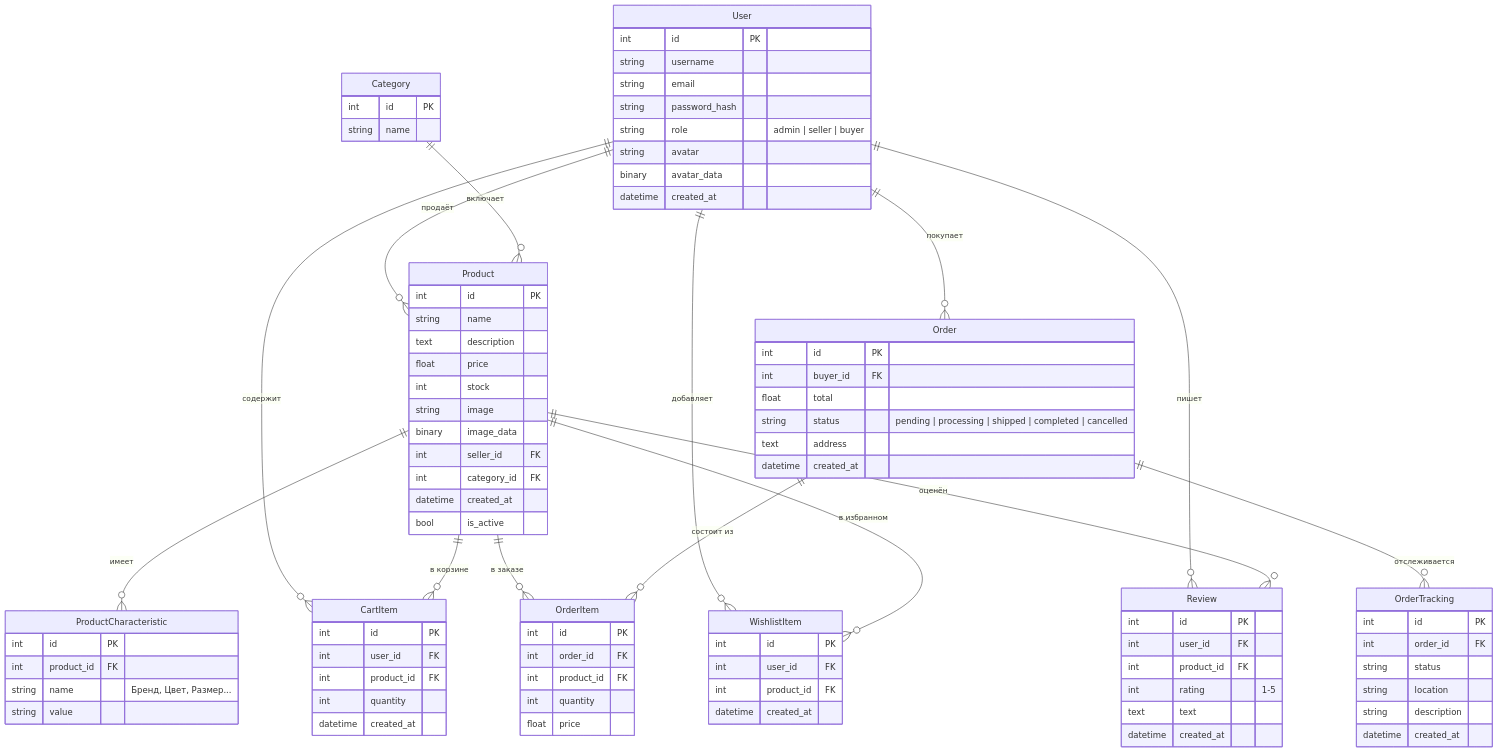
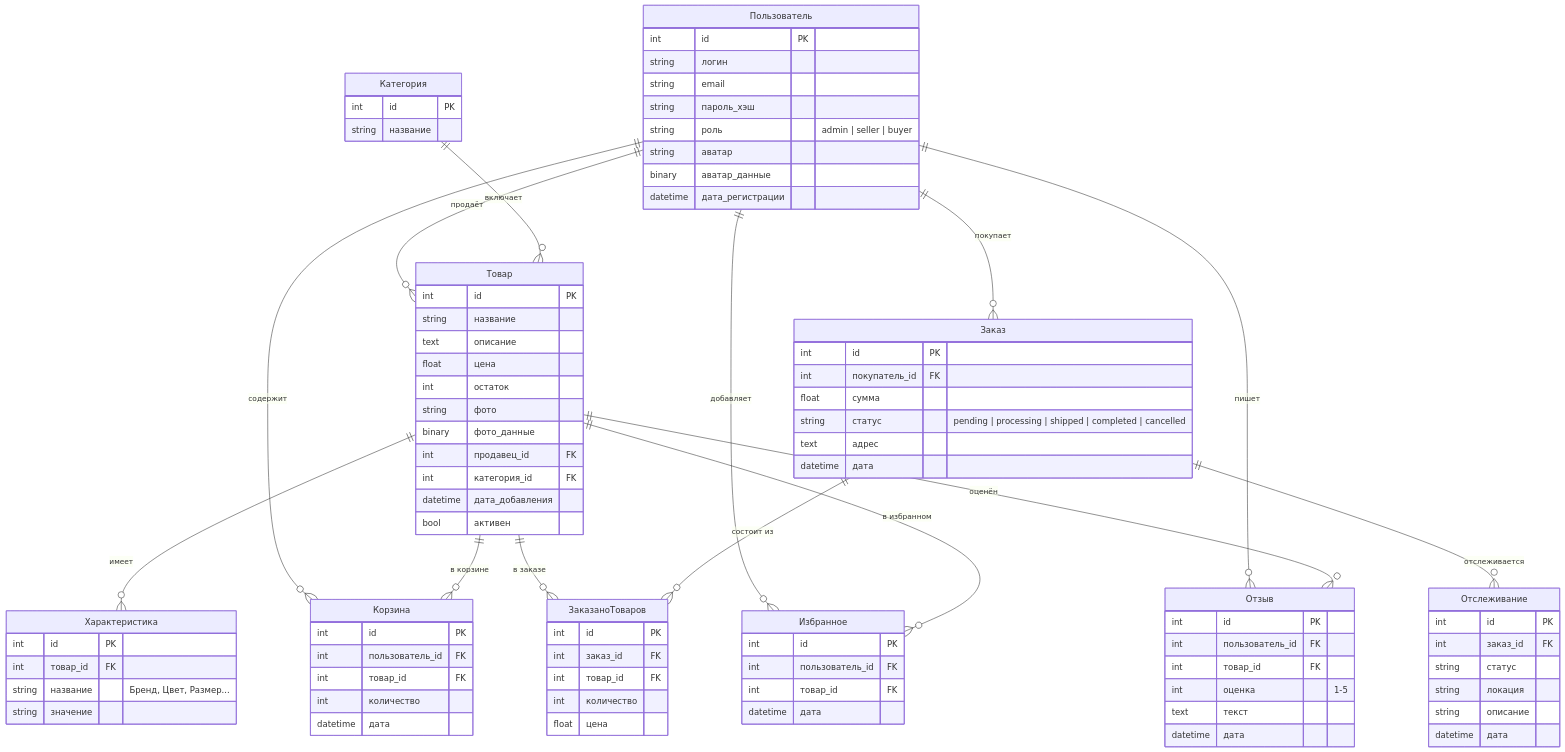
The diagram in ER_DIAGRAM.md (TudaSuda06/ShopFussion), drawn with Mermaid before and after one commit.

Commit message:
ER диаграмма на русском

````diff
--- a/ER_DIAGRAM.md
+++ b/ER_DIAGRAM.md
@@ -1,106 +1,106 @@
 ```mermaid
 erDiagram
-    User ||--o{ Product : "продаёт"
-    User ||--o{ Order : "покупает"
-    User ||--o{ WishlistItem : "добавляет"
-    User ||--o{ Review : "пишет"
-    User ||--o{ CartItem : "содержит"
+    Пользователь ||--o{ Товар : "продаёт"
+    Пользователь ||--o{ Заказ : "покупает"
+    Пользователь ||--o{ Избранное : "добавляет"
+    Пользователь ||--o{ Отзыв : "пишет"
+    Пользователь ||--o{ Корзина : "содержит"
 
-    Category ||--o{ Product : "включает"
+    Категория ||--o{ Товар : "включает"
 
-    Product ||--o{ ProductCharacteristic : "имеет"
-    Product ||--o{ CartItem : "в корзине"
-    Product ||--o{ OrderItem : "в заказе"
-    Product ||--o{ WishlistItem : "в избранном"
-    Product ||--o{ Review : "оценён"
+    Товар ||--o{ Характеристика : "имеет"
+    Товар ||--o{ Корзина : "в корзине"
+    Товар ||--o{ ЗаказаноТоваров : "в заказе"
+    Товар ||--o{ Избранное : "в избранном"
+    Товар ||--o{ Отзыв : "оценён"
 
-    Order ||--o{ OrderItem : "состоит из"
-    Order ||--o{ OrderTracking : "отслеживается"
+    Заказ ||--o{ ЗаказаноТоваров : "состоит из"
+    Заказ ||--o{ Отслеживание : "отслеживается"
 
-    User {
+    Пользователь {
         int id PK
-        string username
+        string логин
         string email
-        string password_hash
-        string role "admin | seller | buyer"
-        string avatar
-        binary avatar_data
-        datetime created_at
+        string пароль_хэш
+        string роль "admin | seller | buyer"
+        string аватар
+        binary аватар_данные
+        datetime дата_регистрации
     }
 
-    Category {
+    Категория {
         int id PK
-        string name
+        string название
     }
 
-    Product {
+    Товар {
         int id PK
-        string name
-        text description
-        float price
-        int stock
-        string image
-        binary image_data
-        int seller_id FK
-        int category_id FK
-        datetime created_at
-        bool is_active
+        string название
+        text описание
+        float цена
+        int остаток
+        string фото
+        binary фото_данные
+        int продавец_id FK
+        int категория_id FK
+        datetime дата_добавления
+        bool активен
     }
 
-    ProductCharacteristic {
+    Характеристика {
         int id PK
-        int product_id FK
-        string name "Бренд, Цвет, Размер..."
-        string value
+        int товар_id FK
+        string название "Бренд, Цвет, Размер..."
+        string значение
     }
 
-    CartItem {
+    Корзина {
         int id PK
-        int user_id FK
-        int product_id FK
-        int quantity
-        datetime created_at
+        int пользователь_id FK
+        int товар_id FK
+        int количество
+        datetime дата
     }
 
-    Order {
+    Заказ {
         int id PK
-        int buyer_id FK
-        float total
-        string status "pending | processing | shipped | completed | cancelled"
-        text address
-        datetime created_at
+        int покупатель_id FK
+        float сумма
+        string статус "pending | processing | shipped | completed | cancelled"
+        text адрес
+        datetime дата
     }
 
-    OrderItem {
+    ЗаказаноТоваров {
         int id PK
-        int order_id FK
-        int product_id FK
-        int quantity
-        float price
+        int заказ_id FK
+        int товар_id FK
+        int количество
+        float цена
     }
 
-    OrderTracking {
+    Отслеживание {
         int id PK
-        int order_id FK
-        string status
-        string location
-        string description
-        datetime created_at
+        int заказ_id FK
+        string статус
+        string локация
+        string описание
+        datetime дата
     }
 
-    WishlistItem {
+    Избранное {
         int id PK
-        int user_id FK
-        int product_id FK
-        datetime created_at
+        int пользователь_id FK
+        int товар_id FK
+        datetime дата
     }
 
-    Review {
+    Отзыв {
         int id PK
-        int user_id FK
-        int product_id FK
-        int rating "1-5"
-        text text
-        datetime created_at
+        int пользователь_id FK
+        int товар_id FK
+        int оценка "1-5"
+        text текст
+        datetime дата
     }
 ```
````
